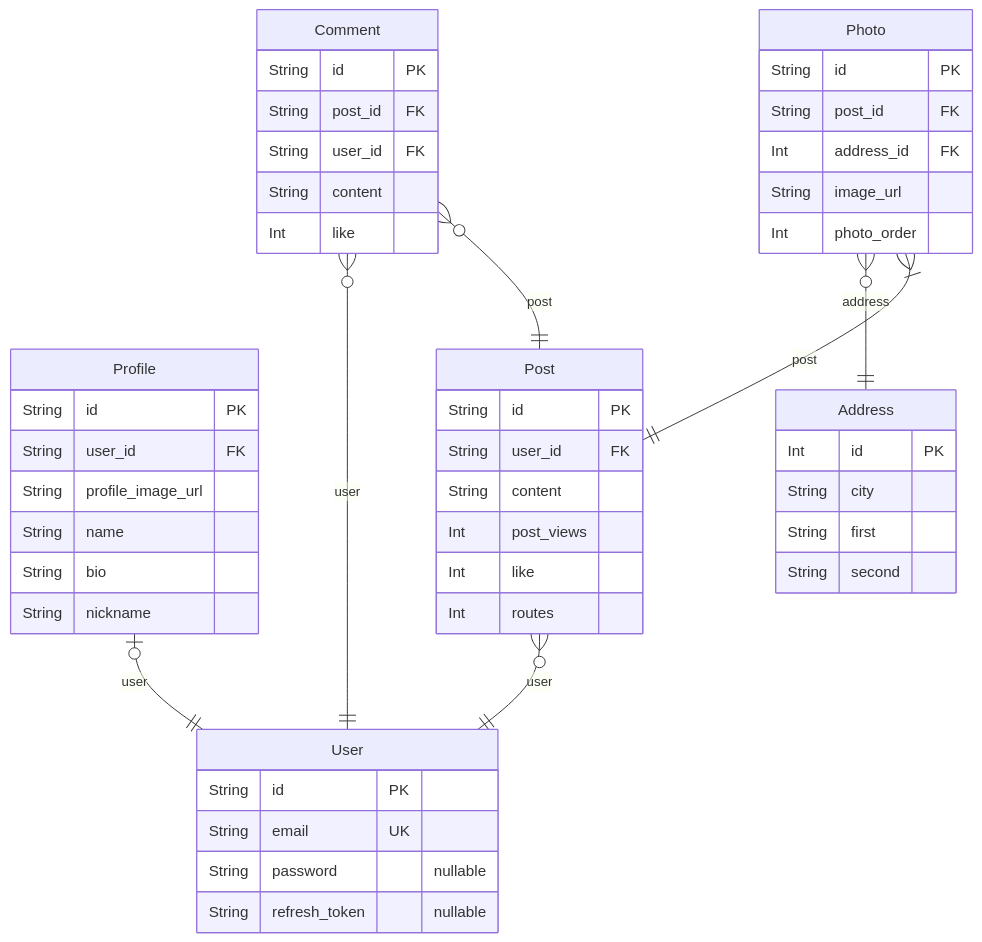
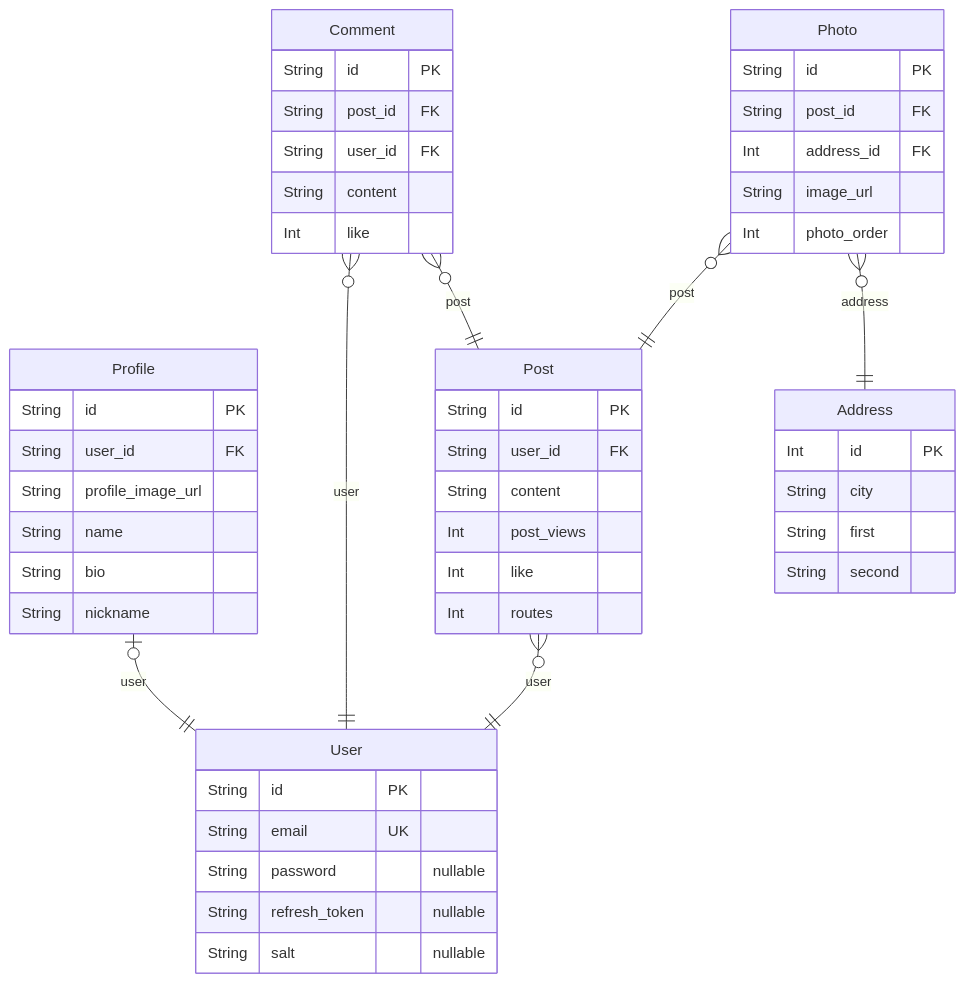
Before and after one commit to youngsu5582/RooTrip: the diagram in docs/ERD.md, drawn with Mermaid. The commit also changed other lines of this file and 1 other file, not shown here.

Commit message:
docs : 기능 구현에 따른 문서 갱신

````diff
--- a/docs/ERD.md
+++ b/docs/ERD.md
@@ -7,51 +7,52 @@
 ```mermaid
 erDiagram
 "User" {
     String id PK
     String email UK
     String password "nullable"
     String refresh_token "nullable"
+    String salt "nullable"
 }
 "Profile" {
     String id PK
     String user_id FK
     String profile_image_url
     String name
     String bio
     String nickname
 }
 "Post" {
     String id PK
     String user_id FK
     String content
     Int post_views
     Int like
     Int routes
 }
 "Comment" {
     String id PK
     String post_id FK
     String user_id FK
     String content
     Int like
 }
 "Address" {
     Int id PK
     String city
     String first
     String second
 }
 "Photo" {
     String id PK
     String post_id FK
     Int address_id FK
     String image_url
     Int photo_order
 }
 "Profile" |o--|| "User" : user
 "Post" }o--|| "User" : user
+"Comment" }o--|| "Post" : post
 "Comment" }o--|| "User" : user
-"Comment" }o--|| "Post" : post
 "Photo" }o--|| "Address" : address
-"Photo" }|--|| "Post" : post
+"Photo" }o--|| "Post" : post
 ```
````
